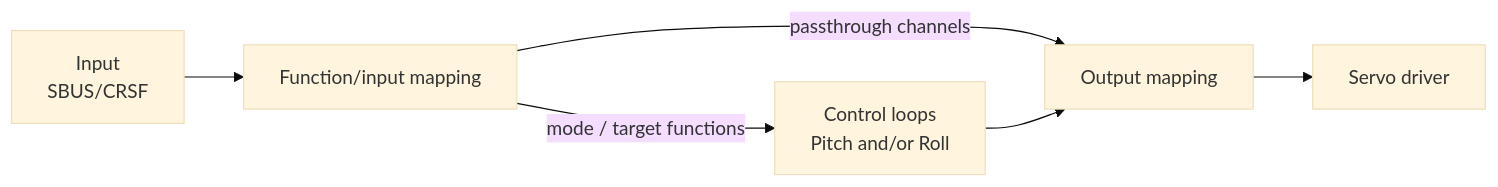
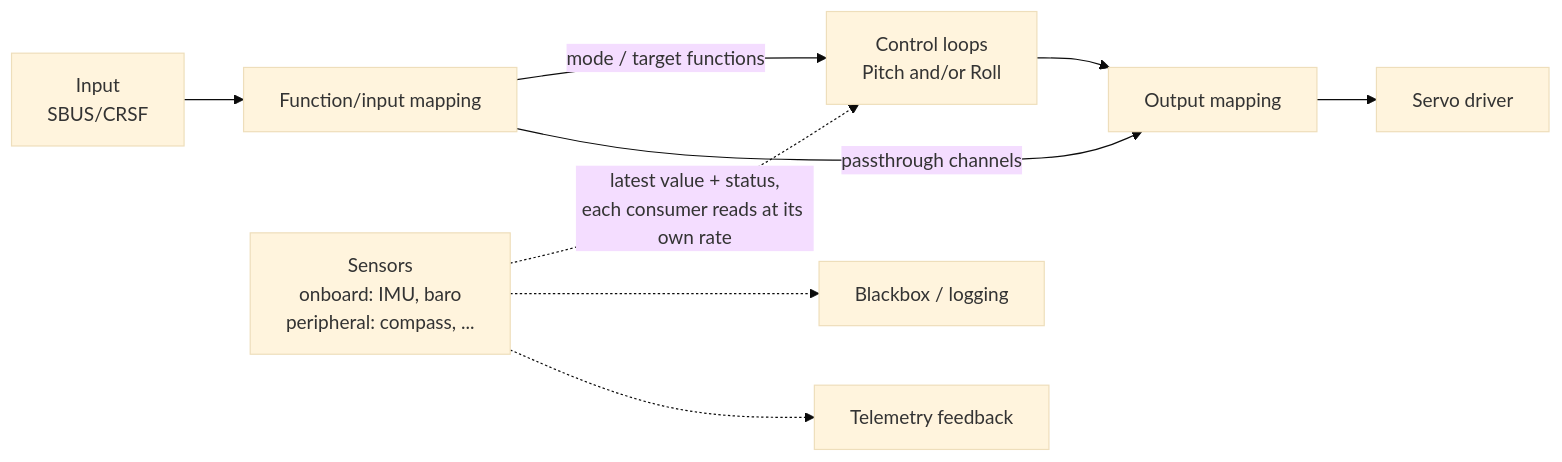
The diagram in .docs/architecture.md (heimdall-suite/heimdall-helm), drawn with Mermaid (base theme) before and after one commit. The commit also changed other lines of this file, not shown here.

````diff
--- a/.docs/architecture.md
+++ b/.docs/architecture.md
@@ -11,14 +7,21 @@
 ```mermaid
 flowchart LR
     RX["Input<br/>SBUS/CRSF"]
     MAP["Function/input mapping"]
     CTRL["Control loops<br/>Pitch and/or Roll"]
     OUT["Output mapping"]
     SERVO["Servo driver"]
+    SENS["Sensors<br/>onboard: IMU, baro<br/>peripheral: compass, ..."]
+    LOG["Blackbox / logging"]
+    TEL["Telemetry feedback"]
 
     RX --> MAP
     MAP -->|"mode / target functions"| CTRL
     MAP -->|"passthrough channels"| OUT
     CTRL --> OUT
     OUT --> SERVO
+
+    SENS -.->|"latest value + status,<br/>each consumer reads at its own rate"| CTRL
+    SENS -.-> LOG
+    SENS -.-> TEL
 ```
````
